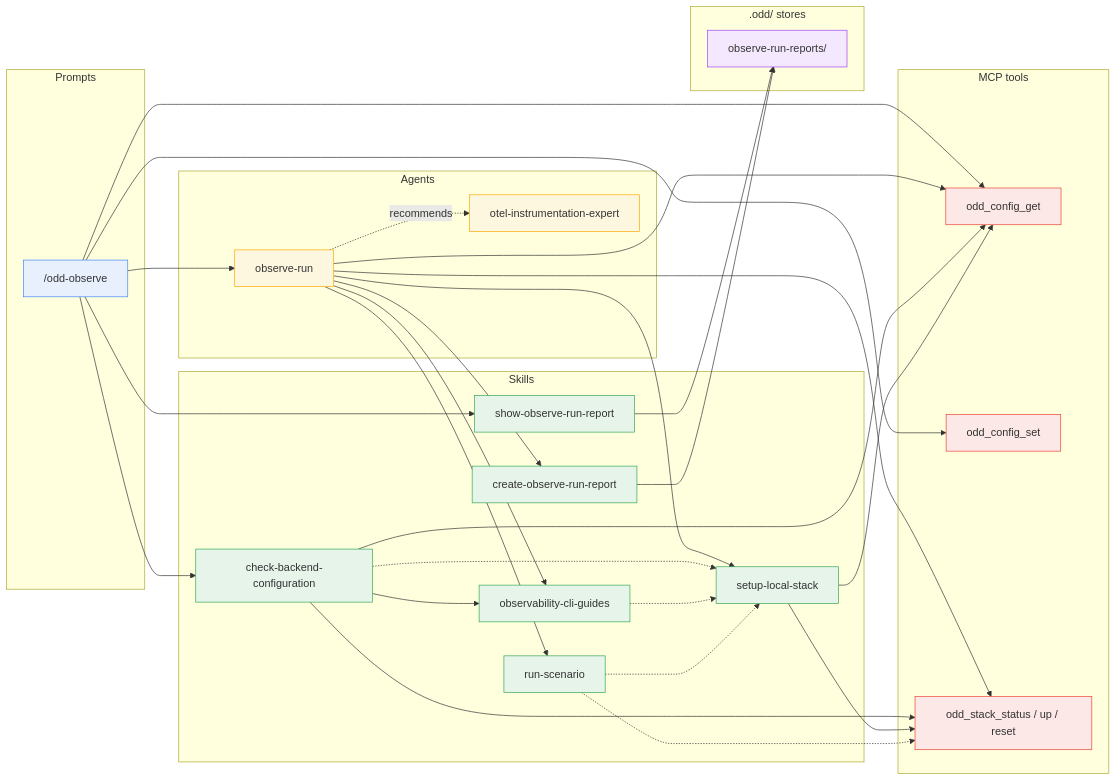
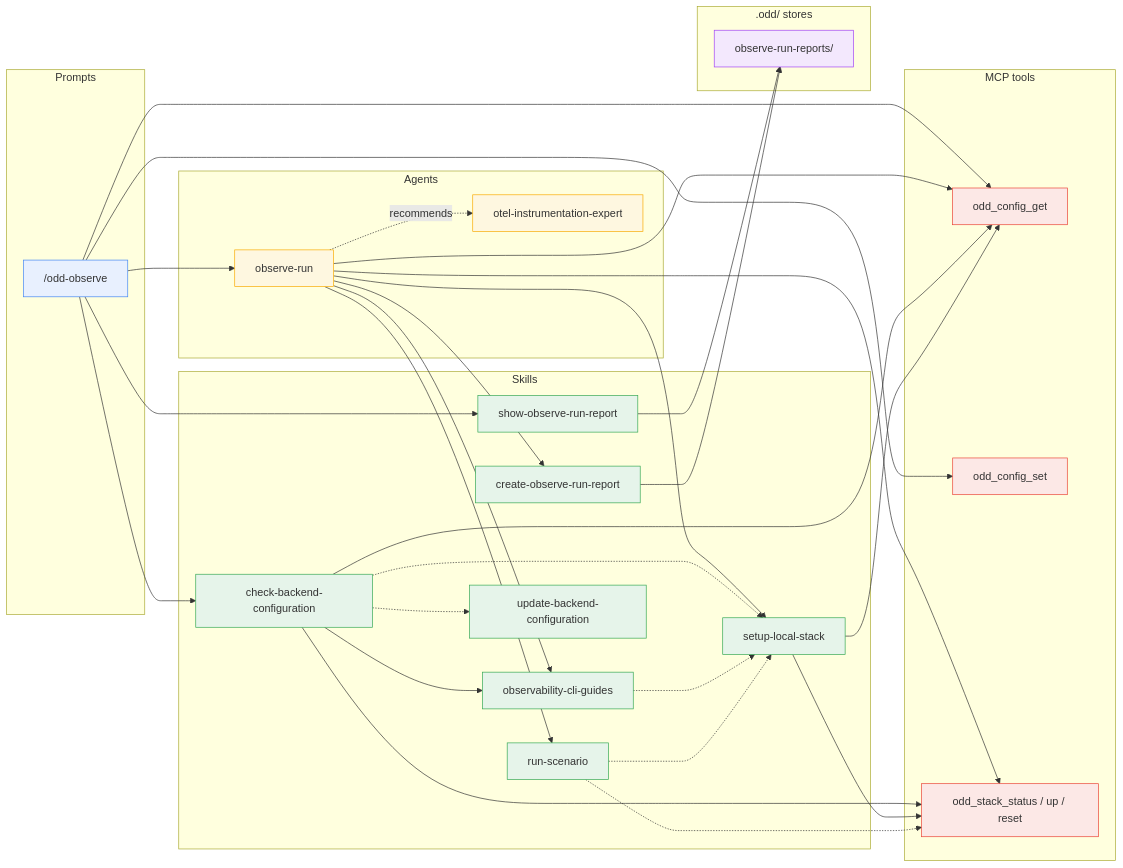
The second of 6 diagrams in docs/guide/dependencies.md (using-system/oddyssey), drawn with Mermaid before and after one commit. The commit also changed other lines of this file and 1 other file, not shown here.

Commit message:
fix(skill): check-backend-configuration detects a missing cli binary first (#177)

````diff
--- a/docs/guide/dependencies.md
+++ b/docs/guide/dependencies.md
@@ -98,68 +98,70 @@
 ```mermaid
 flowchart LR
   subgraph Prompts
     observe["/odd-observe"]
   end
 
   subgraph Agents
     runner[observe-run]
     expert[otel-instrumentation-expert]
   end
 
   subgraph Skills
     cbc[check-backend-configuration]
     ocg[observability-cli-guides]
     sls[setup-local-stack]
     rs[run-scenario]
     corr[create-observe-run-report]
     sorr[show-observe-run-report]
+    ubc[update-backend-configuration]
   end
 
   subgraph MCP["MCP tools"]
     cfgget[odd_config_get]
     cfgset[odd_config_set]
     stack[odd_stack_status / up / reset]
   end
 
   subgraph Stores[".odd/ stores"]
     obsdir[observe-run-reports/]
   end
 
   observe --> runner
   observe --> cbc
   observe --> sorr
   observe --> cfgget
   observe --> cfgset
   sorr --> obsdir
 
   runner --> ocg
   runner --> sls
   runner --> rs
   runner --> corr
   runner --> cfgget
   runner --> stack
   runner -. recommends .-> expert
 
   cbc -.-> sls
+  cbc -.-> ubc
   cbc --> ocg
   cbc --> cfgget
   cbc --> stack
   ocg -.-> sls
   sls --> cfgget
   sls --> stack
   rs -.-> stack
   rs -.-> sls
 
   corr --> obsdir
 
   classDef prompt fill:#e8f0fe,stroke:#4285f4
   classDef agent fill:#fef7e0,stroke:#f9ab00
   classDef skill fill:#e6f4ea,stroke:#34a853
   classDef mcp fill:#fce8e6,stroke:#ea4335
   classDef store fill:#f3e8fd,stroke:#a142f4
   class observe prompt
   class runner,expert agent
-  class cbc,ocg,sls,rs,corr,sorr skill
+  class cbc,ocg,sls,rs,corr,sorr,ubc skill
   class cfgget,cfgset,stack mcp
   class obsdir store
 ```
````
